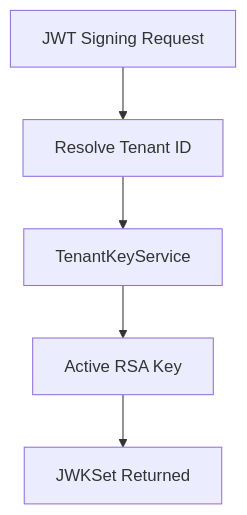
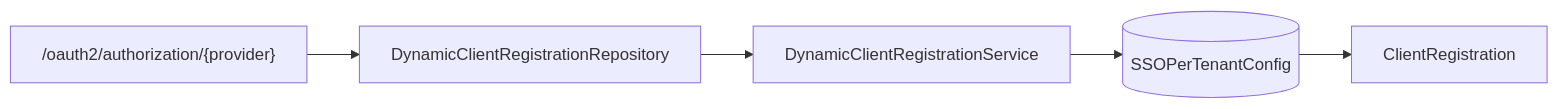
One commit to Praesto-Pro/openframe-oss-tenant changed the diagram in docs/architecture/diagrams/authorization-server-core-4.mmd. Above: the diagram before and after it, drawn with Mermaid. The commit also changed 214 other files, not shown here.

```diff
--- a/docs/architecture/diagrams/authorization-server-core-4.mmd
+++ b/docs/architecture/diagrams/authorization-server-core-4.mmd
@@ -1,5 +1,5 @@
-flowchart TD
-    JwtRequest["JWT Signing Request"] --> TenantId["Resolve Tenant ID"]
-    TenantId --> KeyService["TenantKeyService"]
-    KeyService --> RSAKey["Active RSA Key"]
-    RSAKey --> JWKS["JWKSet Returned"]
+flowchart LR
+    OAuthLogin["/oauth2/authorization/{provider}"] --> DynamicRepo["DynamicClientRegistrationRepository"]
+    DynamicRepo --> SSOService["DynamicClientRegistrationService"]
+    SSOService --> TenantConfig[("SSOPerTenantConfig")]
+    TenantConfig --> ClientRegistration["ClientRegistration"]
```
